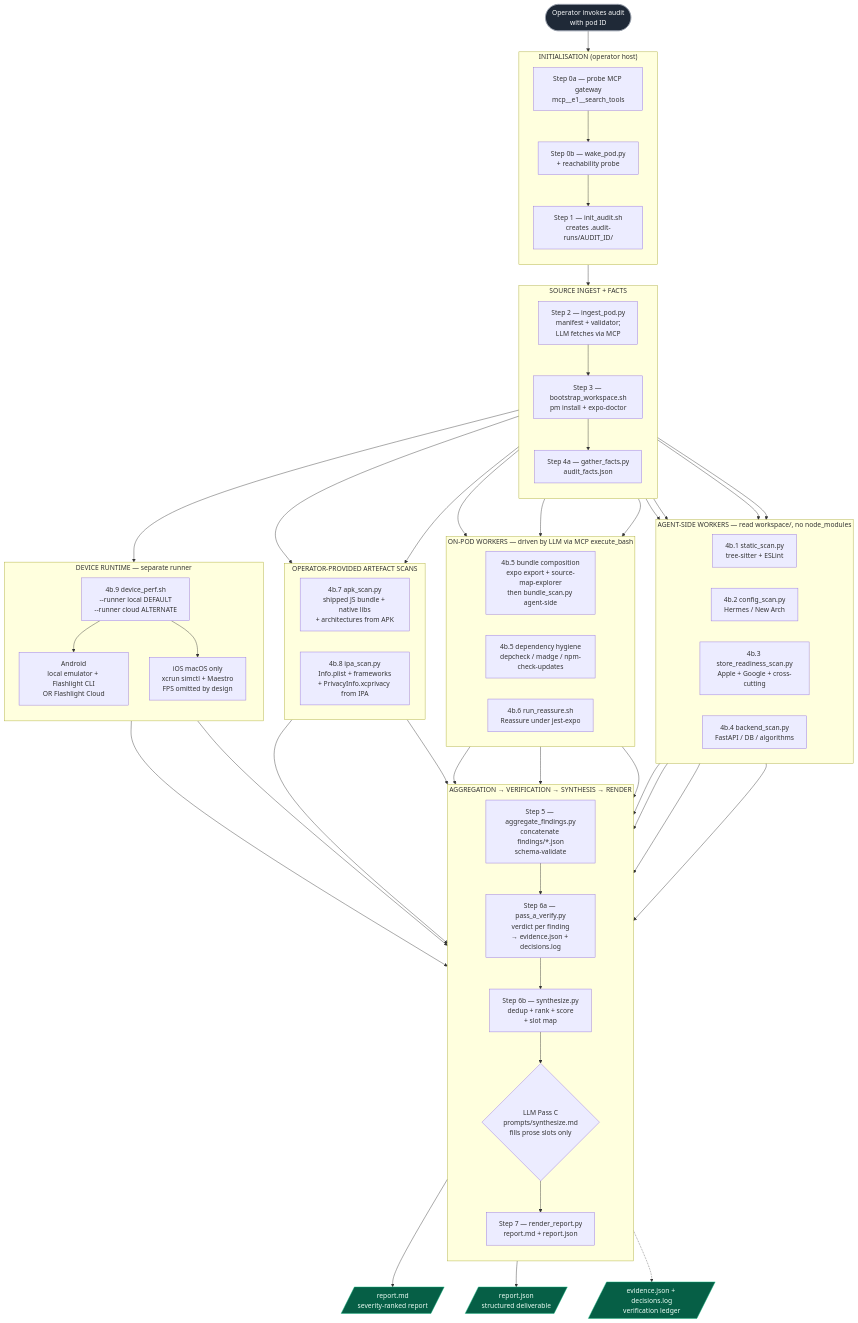
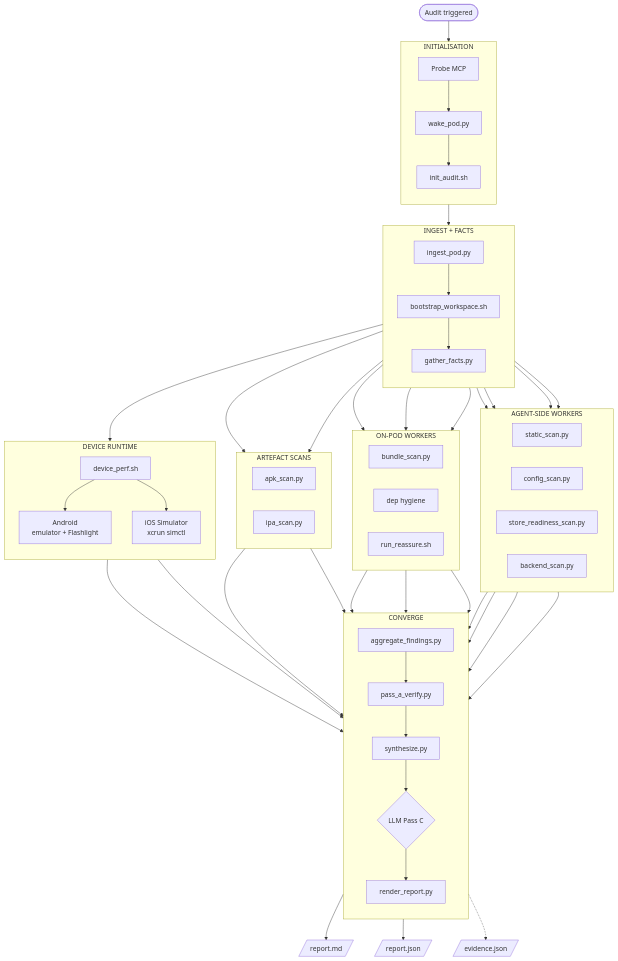
Before and after one commit to kunal-10-cloud/mobile-app-performance-pipeline: the first of 2 diagrams in architecture.md, drawn with Mermaid. The commit also changed other lines of this file and 1 other file, not shown here.

Commit message:
docs: shorten diagram node labels

````diff
--- a/architecture.md
+++ b/architecture.md
@@ -41,92 +41,100 @@
 ```mermaid
 flowchart TD
-    Start([Operator invokes audit<br/>with pod ID])
+    Start([Audit triggered])
 
     %% ── Initialisation ──────────────────────────────────────────────────
-    subgraph init["INITIALISATION (operator host)"]
+    subgraph init["INITIALISATION"]
         direction TB
-        S0a[Step 0a — probe MCP gateway<br/>mcp__e1__search_tools]
-        S0b[Step 0b — wake_pod.py<br/>+ reachability probe]
-        S1[Step 1 — init_audit.sh<br/>creates .audit-runs/AUDIT_ID/]
+        S0a[Probe MCP]
+        S0b[wake_pod.py]
+        S1[init_audit.sh]
         S0a --> S0b --> S1
     end
 
     Start --> S0a
 
     %% ── Ingest + facts ──────────────────────────────────────────────────
-    subgraph ingest["SOURCE INGEST + FACTS"]
+    subgraph ingest["INGEST + FACTS"]
         direction TB
-        S2[Step 2 — ingest_pod.py<br/>manifest + validator;<br/>LLM fetches via MCP]
-        S3[Step 3 — bootstrap_workspace.sh<br/>pm install + expo-doctor]
-        S4a[Step 4a — gather_facts.py<br/>audit_facts.json]
+        S2[ingest_pod.py]
+        S3[bootstrap_workspace.sh]
+        S4a[gather_facts.py]
         S2 --> S3 --> S4a
     end
 
     S1 --> S2
 
     %% ── Step 4 parallel workers grouped by execution tier ────────────────
-    subgraph agent_workers["AGENT-SIDE WORKERS — read workspace/, no node_modules"]
+    subgraph agent_workers["AGENT-SIDE WORKERS"]
         direction LR
-        W1[4b.1 static_scan.py<br/>tree-sitter + ESLint]
-        W2[4b.2 config_scan.py<br/>Hermes / New Arch]
-        W3[4b.3 store_readiness_scan.py<br/>Apple + Google + cross-cutting]
-        W4[4b.4 backend_scan.py<br/>FastAPI / DB / algorithms]
+        W1[static_scan.py]
+        W2[config_scan.py]
+        W3[store_readiness_scan.py]
+        W4[backend_scan.py]
     end
 
-    subgraph onpod_workers["ON-POD WORKERS — driven by LLM via MCP execute_bash"]
+    subgraph onpod_workers["ON-POD WORKERS"]
         direction LR
-        W5[4b.5 bundle composition<br/>expo export + source-map-explorer<br/>then bundle_scan.py agent-side]
-        W6[4b.5 dependency hygiene<br/>depcheck / madge / npm-check-updates]
-        W7[4b.6 run_reassure.sh<br/>Reassure under jest-expo]
+        W5[bundle_scan.py]
+        W6[dep hygiene]
+        W7[run_reassure.sh]
     end
 
-    subgraph artefacts["OPERATOR-PROVIDED ARTEFACT SCANS"]
+    subgraph artefacts["ARTEFACT SCANS"]
         direction LR
-        W8[4b.7 apk_scan.py<br/>shipped JS bundle + native libs<br/>+ architectures from APK]
-        W9[4b.8 ipa_scan.py<br/>Info.plist + frameworks<br/>+ PrivacyInfo.xcprivacy from IPA]
+        W8[apk_scan.py]
+        W9[ipa_scan.py]
     end
 
-    subgraph device["DEVICE RUNTIME — separate runner"]
+    subgraph device["DEVICE RUNTIME"]
         direction TB
-        W10[4b.9 device_perf.sh<br/>--runner local DEFAULT<br/>--runner cloud ALTERNATE]
-        DA[Android<br/>local emulator + Flashlight CLI<br/>OR Flashlight Cloud]
-        DI[iOS macOS only<br/>xcrun simctl + Maestro<br/>FPS omitted by design]
+        W10[device_perf.sh]
+        DA[Android<br/>emulator + Flashlight]
+        DI[iOS Simulator<br/>xcrun simctl]
         W10 --> DA
         W10 --> DI
     end
 
-    S4a --> W1 & W2 & W3 & W4
-    S4a --> W5 & W6 & W7
-    S4a --> W8 & W9
+    S4a --> W1
+    S4a --> W2
+    S4a --> W3
+    S4a --> W4
+    S4a --> W5
+    S4a --> W6
+    S4a --> W7
+    S4a --> W8
+    S4a --> W9
     S4a --> W10
 
     %% ── Convergence: aggregate, verify, synthesise, render ───────────────
-    subgraph synth["AGGREGATION → VERIFICATION → SYNTHESIS → RENDER"]
+    subgraph synth["CONVERGE"]
         direction TB
-        S5[Step 5 — aggregate_findings.py<br/>concatenate findings/*.json<br/>schema-validate]
-        S6a[Step 6a — pass_a_verify.py<br/>verdict per finding<br/>→ evidence.json + decisions.log]
-        S6b[Step 6b — synthesize.py<br/>dedup + rank + score<br/>+ slot map]
-        LLM{LLM Pass C<br/>prompts/synthesize.md<br/>fills prose slots only}
-        S7[Step 7 — render_report.py<br/>report.md + report.json]
+        S5[aggregate_findings.py]
+        S6a[pass_a_verify.py]
+        S6b[synthesize.py]
+        LLM{LLM Pass C}
+        S7[render_report.py]
         S5 --> S6a --> S6b --> LLM --> S7
     end
 
-    W1 & W2 & W3 & W4 --> S5
-    W5 & W6 & W7 --> S5
-    W8 & W9 --> S5
-    DA & DI --> S5
+    W1 --> S5
+    W2 --> S5
+    W3 --> S5
+    W4 --> S5
+    W5 --> S5
+    W6 --> S5
+    W7 --> S5
+    W8 --> S5
+    W9 --> S5
+    DA --> S5
+    DI --> S5
 
     %% ── Outputs ──────────────────────────────────────────────────────────
-    Out1[/report.md<br/>severity-ranked report/]
-    Out2[/report.json<br/>structured deliverable/]
-    Out3[/evidence.json + decisions.log<br/>verification ledger/]
+    Out1[/report.md/]
+    Out2[/report.json/]
+    Out3[/evidence.json/]
 
     S7 --> Out1
     S7 --> Out2
     S6a -.-> Out3
-
-    classDef startNode fill:#1f2937,stroke:#9ca3af,color:#f9fafb
-    classDef outNode fill:#065f46,stroke:#10b981,color:#ecfdf5
-    class Start startNode
-    class Out1,Out2,Out3 outNode
 ```
````
